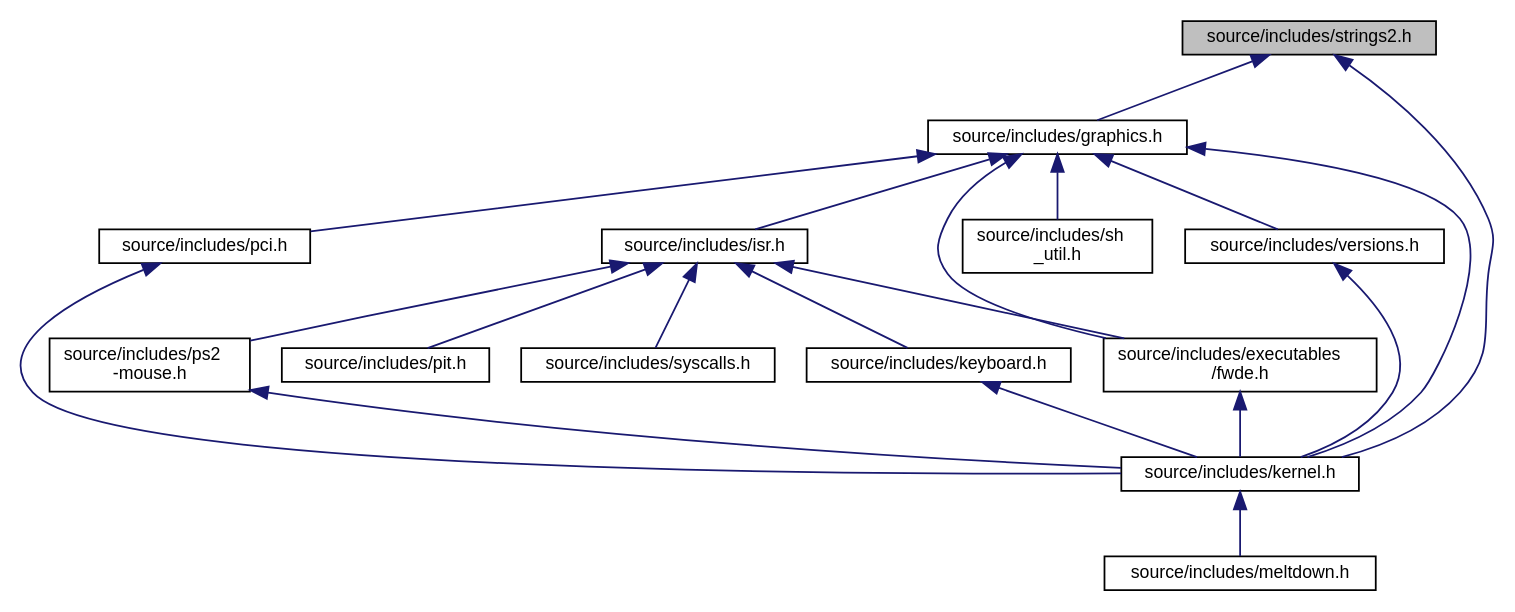
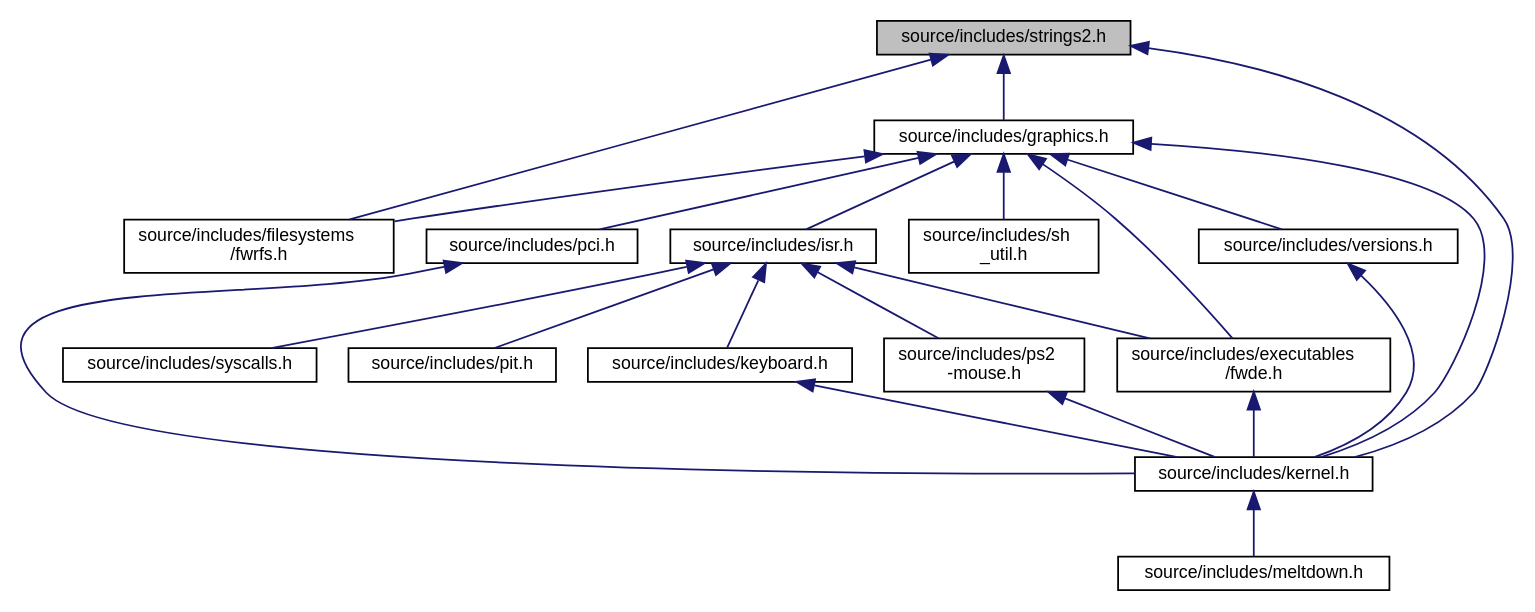
The diagram in strings2_8h__dep__incl.dot (Frost-Wing/doxygen-docs), drawn with Graphviz before and after one commit. The commit also changed 465 other files, not shown here.

```diff
--- a/strings2_8h__dep__incl.dot
+++ b/strings2_8h__dep__incl.dot
@@ -1,38 +1,41 @@
 digraph "source/includes/strings2.h"
 {
  // LATEX_PDF_SIZE
   edge [fontname="Helvetica",fontsize="10",labelfontname="Helvetica",labelfontsize="10"];
   node [fontname="Helvetica",fontsize="10",shape=record];
   Node1 [label="source/includes/strings2.h",height=0.2,width=0.4,color="black", fillcolor="grey75", style="filled", fontcolor="black",tooltip="The header file for strings.c."];
   Node1 -> Node2 [dir="back",color="midnightblue",fontsize="10",style="solid",fontname="Helvetica"];
-  Node2 [label="source/includes/graphics.h",height=0.2,width=0.4,color="black", fillcolor="white", style="filled",URL="$graphics_8h.html",tooltip="Contains all the print functions."];
-  Node2 -> Node3 [dir="back",color="midnightblue",fontsize="10",style="solid",fontname="Helvetica"];
-  Node3 [label="source/includes/executables\l/fwde.h",height=0.2,width=0.4,color="black", fillcolor="white", style="filled",URL="$fwde_8h.html",tooltip="The executor header for FrostWing Deployed Executable - 64 bits."];
+  Node2 [label="source/includes/filesystems\l/fwrfs.h",height=0.2,width=0.4,color="black", fillcolor="white", style="filled",URL="$fwrfs_8h.html",tooltip="FrostWing RAM FileSystem."];
+  Node1 -> Node3 [dir="back",color="midnightblue",fontsize="10",style="solid",fontname="Helvetica"];
+  Node3 [label="source/includes/graphics.h",height=0.2,width=0.4,color="black", fillcolor="white", style="filled",URL="$graphics_8h.html",tooltip="Contains all the print functions."];
   Node3 -> Node4 [dir="back",color="midnightblue",fontsize="10",style="solid",fontname="Helvetica"];
-  Node4 [label="source/includes/kernel.h",height=0.2,width=0.4,color="black", fillcolor="white", style="filled",URL="$kernel_8h.html",tooltip="The basic requirement from kernel to other parts of the code."];
+  Node4 [label="source/includes/executables\l/fwde.h",height=0.2,width=0.4,color="black", fillcolor="white", style="filled",URL="$fwde_8h.html",tooltip="The executor header for FrostWing Deployed Executable - 64 bits."];
   Node4 -> Node5 [dir="back",color="midnightblue",fontsize="10",style="solid",fontname="Helvetica"];
-  Node5 [label="source/includes/meltdown.h",height=0.2,width=0.4,color="black", fillcolor="white", style="filled",URL="$meltdown_8h.html",tooltip="The headers for meltdown.c."];
-  Node2 -> Node6 [dir="back",color="midnightblue",fontsize="10",style="solid",fontname="Helvetica"];
-  Node6 [label="source/includes/isr.h",height=0.2,width=0.4,color="black", fillcolor="white", style="filled",URL="$isr_8h.html",tooltip=" "];
-  Node6 -> Node3 [dir="back",color="midnightblue",fontsize="10",style="solid",fontname="Helvetica"];
-  Node6 -> Node7 [dir="back",color="midnightblue",fontsize="10",style="solid",fontname="Helvetica"];
-  Node7 [label="source/includes/keyboard.h",height=0.2,width=0.4,color="black", fillcolor="white", style="filled",URL="$keyboard_8h.html",tooltip=" "];
+  Node5 [label="source/includes/kernel.h",height=0.2,width=0.4,color="black", fillcolor="white", style="filled",URL="$kernel_8h.html",tooltip="The basic requirement from kernel to other parts of the code."];
+  Node5 -> Node6 [dir="back",color="midnightblue",fontsize="10",style="solid",fontname="Helvetica"];
+  Node6 [label="source/includes/meltdown.h",height=0.2,width=0.4,color="black", fillcolor="white", style="filled",URL="$meltdown_8h.html",tooltip="The headers for meltdown.c."];
+  Node3 -> Node2 [dir="back",color="midnightblue",fontsize="10",style="solid",fontname="Helvetica"];
+  Node3 -> Node7 [dir="back",color="midnightblue",fontsize="10",style="solid",fontname="Helvetica"];
+  Node7 [label="source/includes/isr.h",height=0.2,width=0.4,color="black", fillcolor="white", style="filled",URL="$isr_8h.html",tooltip=" "];
   Node7 -> Node4 [dir="back",color="midnightblue",fontsize="10",style="solid",fontname="Helvetica"];
-  Node6 -> Node8 [dir="back",color="midnightblue",fontsize="10",style="solid",fontname="Helvetica"];
-  Node8 [label="source/includes/pit.h",height=0.2,width=0.4,color="black", fillcolor="white", style="filled",URL="$pit_8h.html",tooltip="Headers for PIT."];
-  Node6 -> Node9 [dir="back",color="midnightblue",fontsize="10",style="solid",fontname="Helvetica"];
-  Node9 [label="source/includes/ps2\l-mouse.h",height=0.2,width=0.4,color="black", fillcolor="white", style="filled",URL="$ps2-mouse_8h.html",tooltip=" "];
-  Node9 -> Node4 [dir="back",color="midnightblue",fontsize="10",style="solid",fontname="Helvetica"];
-  Node6 -> Node10 [dir="back",color="midnightblue",fontsize="10",style="solid",fontname="Helvetica"];
-  Node10 [label="source/includes/syscalls.h",height=0.2,width=0.4,color="black", fillcolor="white", style="filled",URL="$syscalls_8h.html",tooltip=" "];
-  Node2 -> Node4 [dir="back",color="midnightblue",fontsize="10",style="solid",fontname="Helvetica"];
-  Node2 -> Node11 [dir="back",color="midnightblue",fontsize="10",style="solid",fontname="Helvetica"];
-  Node11 [label="source/includes/pci.h",height=0.2,width=0.4,color="black", fillcolor="white", style="filled",URL="$pci_8h.html",tooltip="The Header files for actual PCI source."];
-  Node11 -> Node4 [dir="back",color="midnightblue",fontsize="10",style="solid",fontname="Helvetica"];
-  Node2 -> Node12 [dir="back",color="midnightblue",fontsize="10",style="solid",fontname="Helvetica"];
-  Node12 [label="source/includes/sh\l_util.h",height=0.2,width=0.4,color="black", fillcolor="white", style="filled",URL="$sh__util_8h.html",tooltip="Utils for fw shell."];
-  Node2 -> Node13 [dir="back",color="midnightblue",fontsize="10",style="solid",fontname="Helvetica"];
-  Node13 [label="source/includes/versions.h",height=0.2,width=0.4,color="black", fillcolor="white", style="filled",URL="$versions_8h.html",tooltip="This is the header file which contains all the tools used's versions."];
-  Node13 -> Node4 [dir="back",color="midnightblue",fontsize="10",style="solid",fontname="Helvetica"];
-  Node1 -> Node4 [dir="back",color="midnightblue",fontsize="10",style="solid",fontname="Helvetica"];
+  Node7 -> Node8 [dir="back",color="midnightblue",fontsize="10",style="solid",fontname="Helvetica"];
+  Node8 [label="source/includes/keyboard.h",height=0.2,width=0.4,color="black", fillcolor="white", style="filled",URL="$keyboard_8h.html",tooltip=" "];
+  Node8 -> Node5 [dir="back",color="midnightblue",fontsize="10",style="solid",fontname="Helvetica"];
+  Node7 -> Node9 [dir="back",color="midnightblue",fontsize="10",style="solid",fontname="Helvetica"];
+  Node9 [label="source/includes/pit.h",height=0.2,width=0.4,color="black", fillcolor="white", style="filled",URL="$pit_8h.html",tooltip="Headers for PIT."];
+  Node7 -> Node10 [dir="back",color="midnightblue",fontsize="10",style="solid",fontname="Helvetica"];
+  Node10 [label="source/includes/ps2\l-mouse.h",height=0.2,width=0.4,color="black", fillcolor="white", style="filled",URL="$ps2-mouse_8h.html",tooltip=" "];
+  Node10 -> Node5 [dir="back",color="midnightblue",fontsize="10",style="solid",fontname="Helvetica"];
+  Node7 -> Node11 [dir="back",color="midnightblue",fontsize="10",style="solid",fontname="Helvetica"];
+  Node11 [label="source/includes/syscalls.h",height=0.2,width=0.4,color="black", fillcolor="white", style="filled",URL="$syscalls_8h.html",tooltip=" "];
+  Node3 -> Node5 [dir="back",color="midnightblue",fontsize="10",style="solid",fontname="Helvetica"];
+  Node3 -> Node12 [dir="back",color="midnightblue",fontsize="10",style="solid",fontname="Helvetica"];
+  Node12 [label="source/includes/pci.h",height=0.2,width=0.4,color="black", fillcolor="white", style="filled",URL="$pci_8h.html",tooltip="The Header files for actual PCI source."];
+  Node12 -> Node5 [dir="back",color="midnightblue",fontsize="10",style="solid",fontname="Helvetica"];
+  Node3 -> Node13 [dir="back",color="midnightblue",fontsize="10",style="solid",fontname="Helvetica"];
+  Node13 [label="source/includes/sh\l_util.h",height=0.2,width=0.4,color="black", fillcolor="white", style="filled",URL="$sh__util_8h.html",tooltip="Utils for fw shell."];
+  Node3 -> Node14 [dir="back",color="midnightblue",fontsize="10",style="solid",fontname="Helvetica"];
+  Node14 [label="source/includes/versions.h",height=0.2,width=0.4,color="black", fillcolor="white", style="filled",URL="$versions_8h.html",tooltip="This is the header file which contains all the tools used's versions."];
+  Node14 -> Node5 [dir="back",color="midnightblue",fontsize="10",style="solid",fontname="Helvetica"];
+  Node1 -> Node5 [dir="back",color="midnightblue",fontsize="10",style="solid",fontname="Helvetica"];
 }
```
